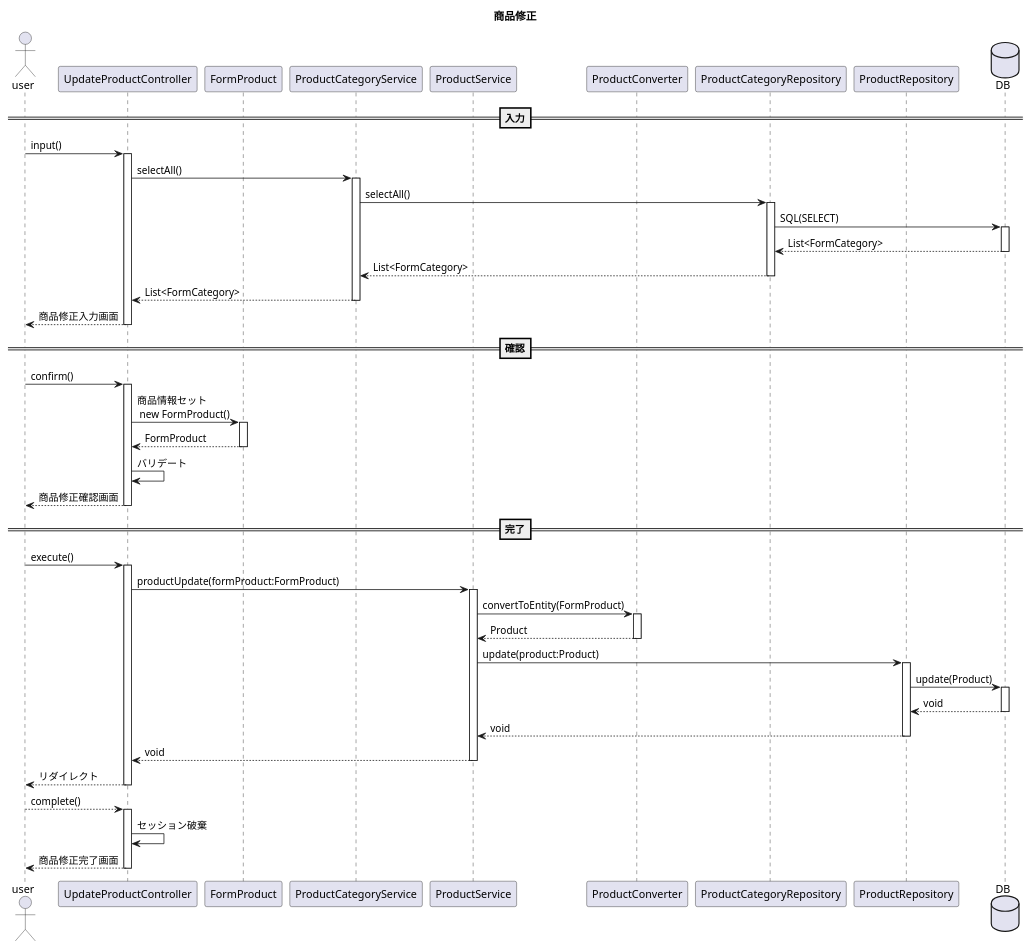
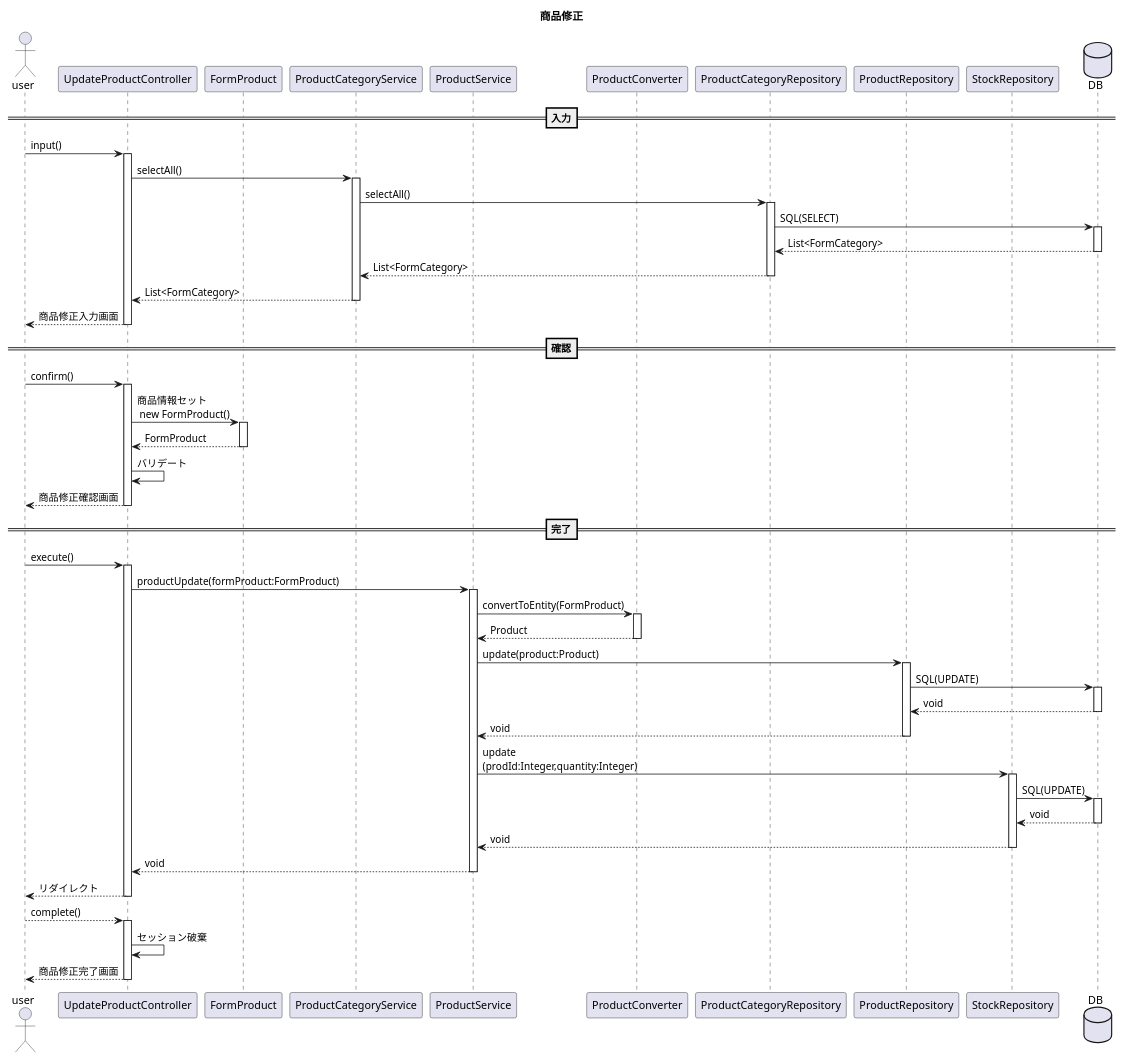
Before and after one commit to kanavii3333/ec-b: the diagram in plan/uml/sequence/uc012.plantuml, drawn with PlantUML. The commit also changed 3 other files, not shown here.

```diff
--- a/plan/uml/sequence/uc012.plantuml
+++ b/plan/uml/sequence/uc012.plantuml
@@ -1,43 +1,48 @@
 @startuml
 title 商品修正
 actor user
 participant UpdateProductController as Controller
 participant FormProduct as Form
 participant ProductCategoryService as Service1
 participant ProductService as Service
 participant ProductConverter as Helper
 participant ProductCategoryRepository as Repository
 participant ProductRepository as Repository1
+participant StockRepository as Repository2
 database DB
 
 ==入力==
 user -> Controller++:input()
 Controller -> Service1++:selectAll()
 Service1 -> Repository++:selectAll()
 Repository -> DB++:SQL(SELECT)
 Repository <-- DB--:List<FormCategory>
 Service1 <-- Repository--:List<FormCategory>
 Controller <-- Service1--:List<FormCategory>
 user <-- Controller--:商品修正入力画面
 ==確認==
 user -> Controller++:confirm()
 Controller -> Form++:商品情報セット\n new FormProduct()
 Controller <-- Form--:FormProduct
 Controller -> Controller:バリデート
 user <-- Controller--:商品修正確認画面
 ==完了==
 user -> Controller++:execute()
 Controller -> Service++:productUpdate(formProduct:FormProduct)
 Service -> Helper++:convertToEntity(FormProduct)
 Service <-- Helper--:Product
 Service -> Repository1++:update(product:Product)
-Repository1 -> DB++:update(Product)
+Repository1 -> DB++:SQL(UPDATE)
 Repository1 <-- DB--:void
 Service <-- Repository1--:void
+Service -> Repository2++:update\n(prodId:Integer,quantity:Integer)
+Repository2 -> DB++:SQL(UPDATE)
+Repository2 <-- DB--:void
+Service <-- Repository2--:void
 Controller <-- Service--:void
 user <-- Controller--:リダイレクト
 user --> Controller++:complete()
 Controller -> Controller:セッション破棄
 user <-- Controller--:商品修正完了画面
 
 @enduml
```
